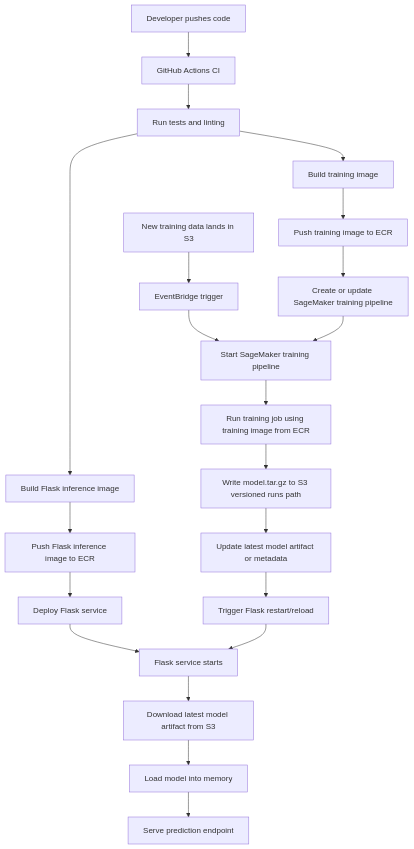
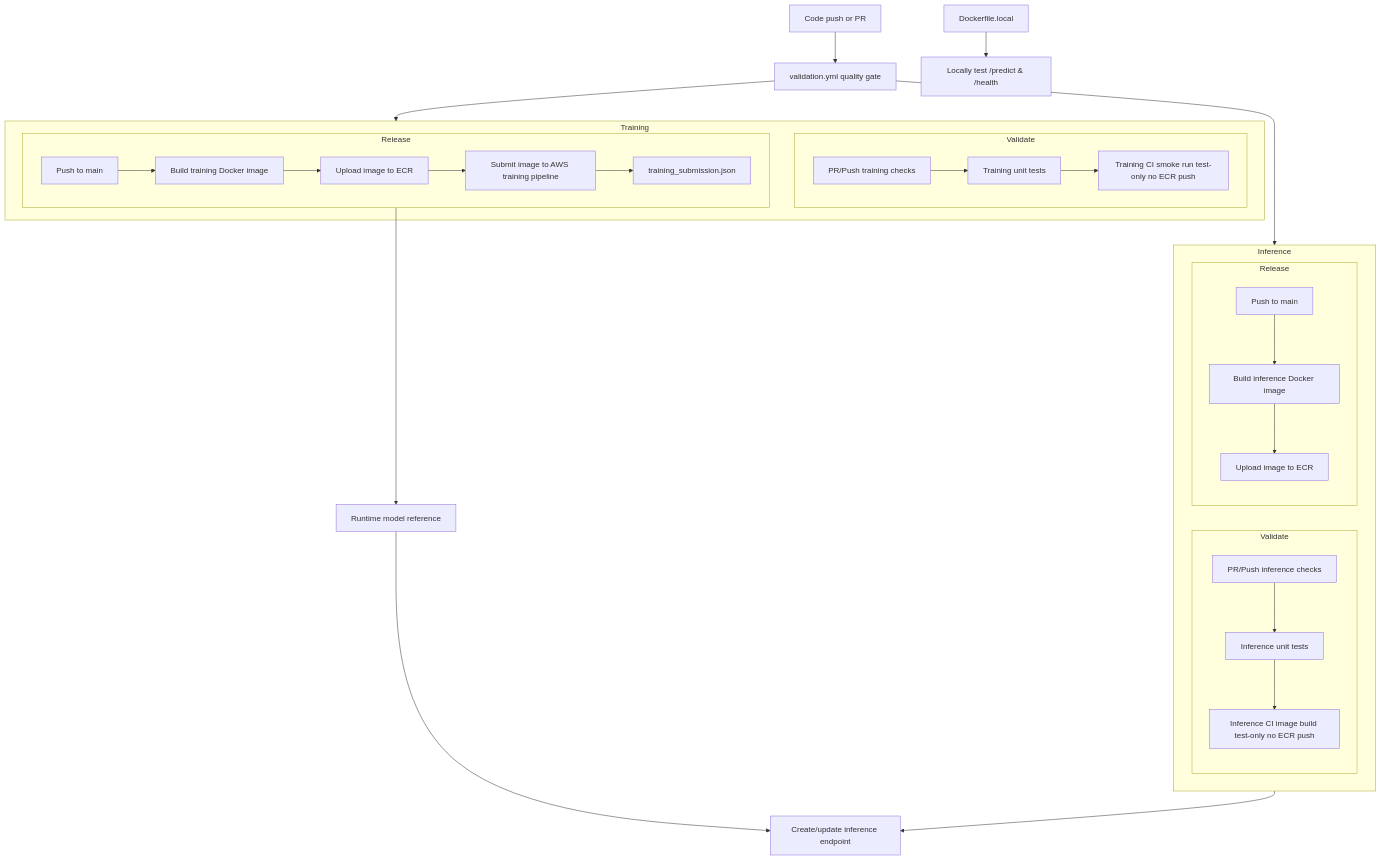
The diagram in README.md (moshezvi/mlpipeline), drawn with Mermaid before and after one commit. The commit also changed other lines of this file and 9 other files, not shown here.

````diff
--- a/README.md
+++ b/README.md
@@ -24,30 +26,48 @@
 ```mermaid
 flowchart TD
-    %% Code-driven CI workflow
-    A[Developer pushes code] --> B[GitHub Actions CI]
-    B --> C[Run tests and linting]
+    codePush[Code push or PR] --> validation[validation.yml quality gate]
+    validation --> trainFlow[train.yml]
+    validation --> inferFlow[inference.yml]
 
-    C --> D[Build training image]
-    D --> E[Push training image to ECR]
-    E --> F[Create or update SageMaker training pipeline]
+    subgraph trainFlow [Training]
 
-    C --> G[Build Flask inference image]
-    G --> H[Push Flask inference image to ECR]
-    H --> I[Deploy Flask service]
+      subgraph trainValidate [Validate]
+        trainChecks[PR/Push training checks]
+        trainTests[Training unit tests]
+        trainSmoke[Training CI smoke run test-only no ECR push]
+        trainChecks --> trainTests --> trainSmoke
+      end
 
-    %% Data-driven training workflow
-    J[New training data lands in S3] --> K[EventBridge trigger]
-    K --> L[Start SageMaker training pipeline]
-    F --> L
-    L --> M[Run training job using training image from ECR]
-    M --> N[Write model.tar.gz to S3 versioned runs path]
-    N --> O[Update latest model artifact or metadata]
+      subgraph trainRelease [Release]
+        trainMain[Push to main]
+        trainBuild[Build training Docker image]
+        trainEcr[Upload image to ECR]
+        trainPipeline[Submit image to AWS training pipeline]
+        trainContract[training_submission.json]
+        trainMain --> trainBuild --> trainEcr --> trainPipeline --> trainContract
+      end
 
-    %% Inference/runtime workflow
-    O --> P[Trigger Flask restart/reload]
-    I --> Q[Flask service starts]
-    P --> Q
-    Q --> R[Download latest model artifact from S3]
-    R --> S[Load model into memory]
-    S --> T[Serve prediction endpoint]
+    end
+
+    subgraph inferFlow [Inference]
+
+      subgraph inferValidate [Validate]
+        inferChecks[PR/Push inference checks]
+        inferTests[Inference unit tests]
+        inferCiBuild[Inference CI image build test-only no ECR push]
+        inferChecks --> inferTests --> inferCiBuild
+      end
+
+      subgraph inferRelease [Release]
+        inferMain[Push to main]
+        inferBuildRelease[Build inference Docker image]
+        inferEcr[Upload image to ECR]
+        inferMain --> inferBuildRelease --> inferEcr
+      end
+    end
+
+    localDocker[Dockerfile.local] --> localVerify[Locally test /predict & /health]
+    trainRelease --> runtimeModel[Runtime model reference]
+    inferFlow --> InferenceEndpoint[Create/update inference endpoint]
+    runtimeModel --> InferenceEndpoint
 ```
````
